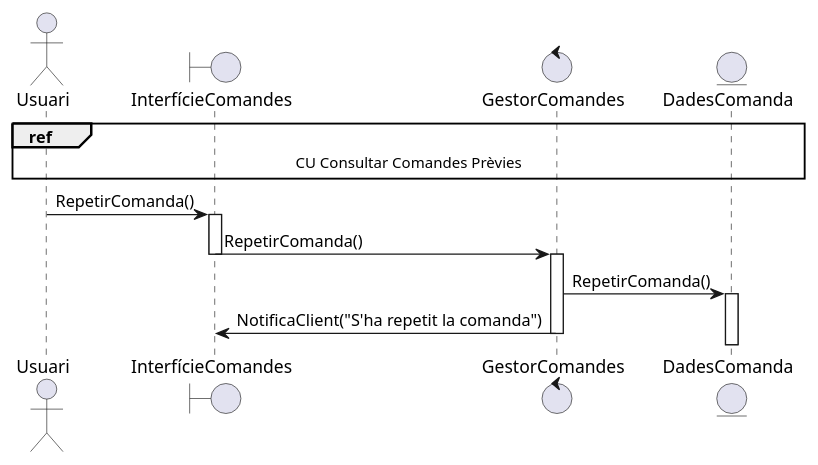
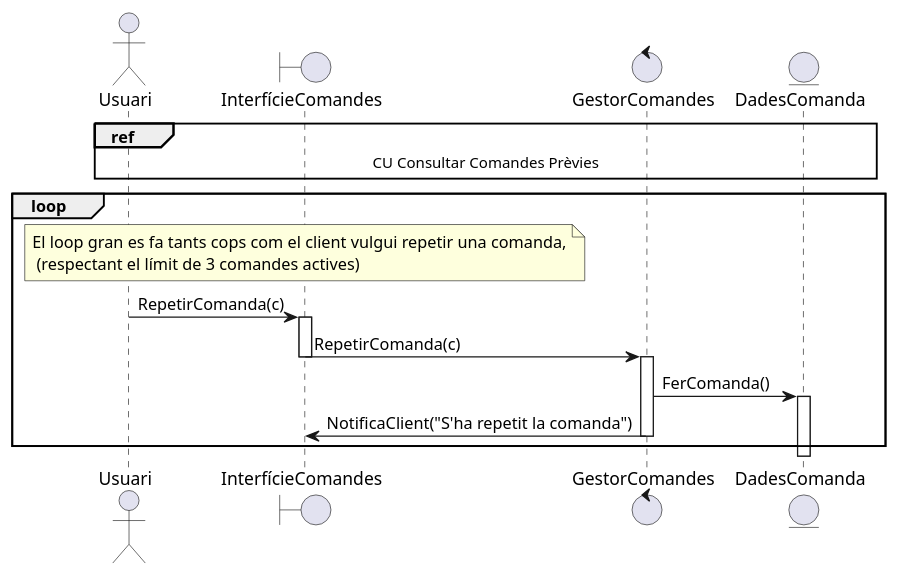
One commit to martipages/ES23UAB431-02 changed the diagram in documents/Diagrames i Especificacions/Seqüencia/seta/4 - Repetir Comandes Prèvies.puml. Above: the diagram before and after it, drawn with PlantUML. The commit also changed 16 other files, not shown here.

```diff
--- a/documents/Diagrames i Especificacions/Seqüencia/seta/4 - Repetir Comandes Prèvies.puml
+++ b/documents/Diagrames i Especificacions/Seqüencia/seta/4 - Repetir Comandes Prèvies.puml
@@ -1,22 +1,23 @@
 @startuml
 
 actor Usuari
 boundary InterfícieComandes
 control GestorComandes
 entity DadesComanda
 
 ref over Usuari,InterfícieComandes,GestorComandes,DadesComanda: CU Consultar Comandes Prèvies
+loop
+note over InterfícieComandes: El loop gran es fa tants cops com el client vulgui repetir una comanda,\n (respectant el límit de 3 comandes actives)
 
-
-Usuari -> InterfícieComandes++: RepetirComanda()
-InterfícieComandes -> GestorComandes--++: RepetirComanda()
-GestorComandes -> DadesComanda++: RepetirComanda()
+Usuari -> InterfícieComandes++: RepetirComanda(c)
+InterfícieComandes -> GestorComandes--++: RepetirComanda(c)
+GestorComandes -> DadesComanda++: FerComanda()
 'DadesComanda -> GestorComandes--: 
 
 GestorComandes -> InterfícieComandes--: NotificaClient("S'ha repetit la comanda")
-
+end
 
 
 
 
 @enduml
```
